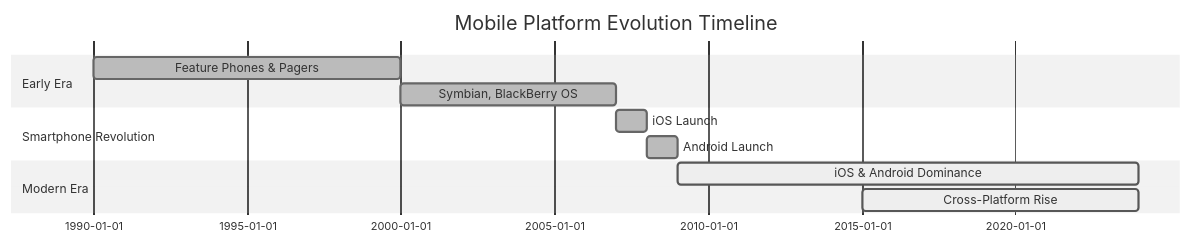
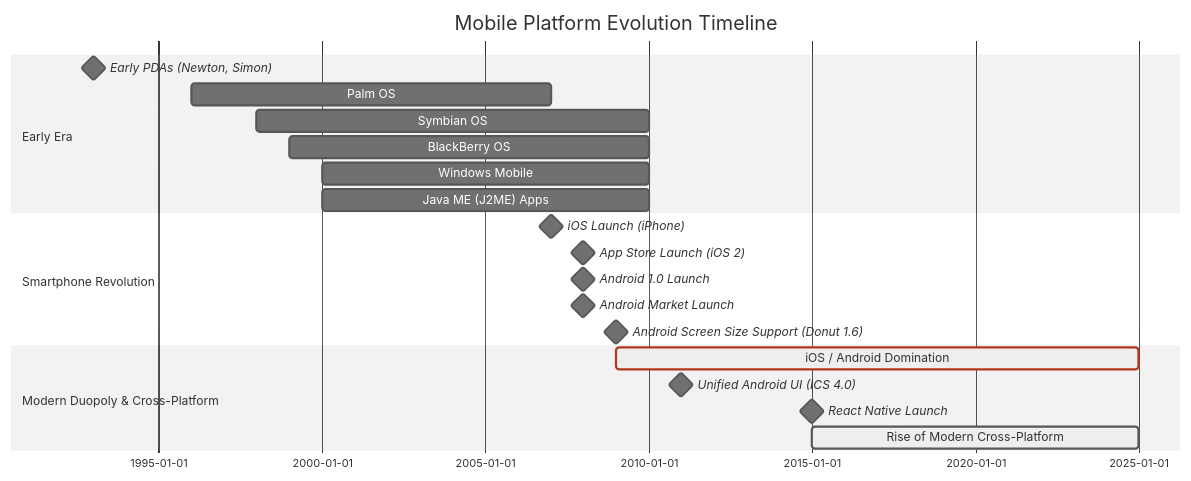
One commit to nickPattLB303/react-native-examples changed the diagram in modules/module-01-the-landscape-of-mobile-development/section-01-history-of-mobile-platforms.md. Above: the diagram before and after it, drawn with Mermaid (neutral theme). The commit also changed other lines of this file and 3 other files, not shown here.

First line of the commit message:
Revise mobile development module with updated content and diagrams

````diff
--- a/modules/module-01-the-landscape-of-mobile-development/section-01-history-of-mobile-platforms.md
+++ b/modules/module-01-the-landscape-of-mobile-development/section-01-history-of-mobile-platforms.md
@@ -5,13 +5,24 @@
 ```mermaid
 gantt
-title Mobile Platform Evolution Timeline
-section Early Era
-Feature Phones & Pagers :done, a1, 1990, 10y
-Symbian, BlackBerry OS  :done, a2, 2000, 7y
-section Smartphone Revolution
-iOS Launch              :done, a3, 2007, 1y
-Android Launch          :done, a4, 2008, 1y
-section Modern Era
-iOS & Android Dominance :active, a5, 2009, 15y
-Cross-Platform Rise     :active, a6, 2015, 9y
+    dateFormat  YYYY
+    title Mobile Platform Evolution Timeline
+    section Early Era
+    Early PDAs (Newton, Simon) :milestone, m1, 1993, 1d
+    Palm OS :a1, 1996, 11y
+    Symbian OS :a2, 1998, 12y
+    BlackBerry OS :a3, 1999, 11y
+    Windows Mobile :a4, 2000, 10y
+    Java ME (J2ME) Apps :a5, 2000, 10y
+    section Smartphone Revolution
+    iOS Launch (iPhone) :milestone, m2, 2007, 1d
+    App Store Launch (iOS 2) :milestone, m3, 2008, 1d
+    Android 1.0 Launch :milestone, m4, 2008, 1d
+    Android Market Launch :milestone, m5, 2008, 1d
+    Android Screen Size Support (Donut 1.6) :milestone, m6, 2009, 1d
+    section Modern Duopoly & Cross-Platform
+    iOS / Android Domination :crit, active, 2009, 16y
+    Unified Android UI (ICS 4.0) :milestone, m7, 2011, 1d
+    React Native Launch :milestone, m8, 2015, 1d
+    Rise of Modern Cross-Platform :active, 2015, 10y
+
 ```
````
